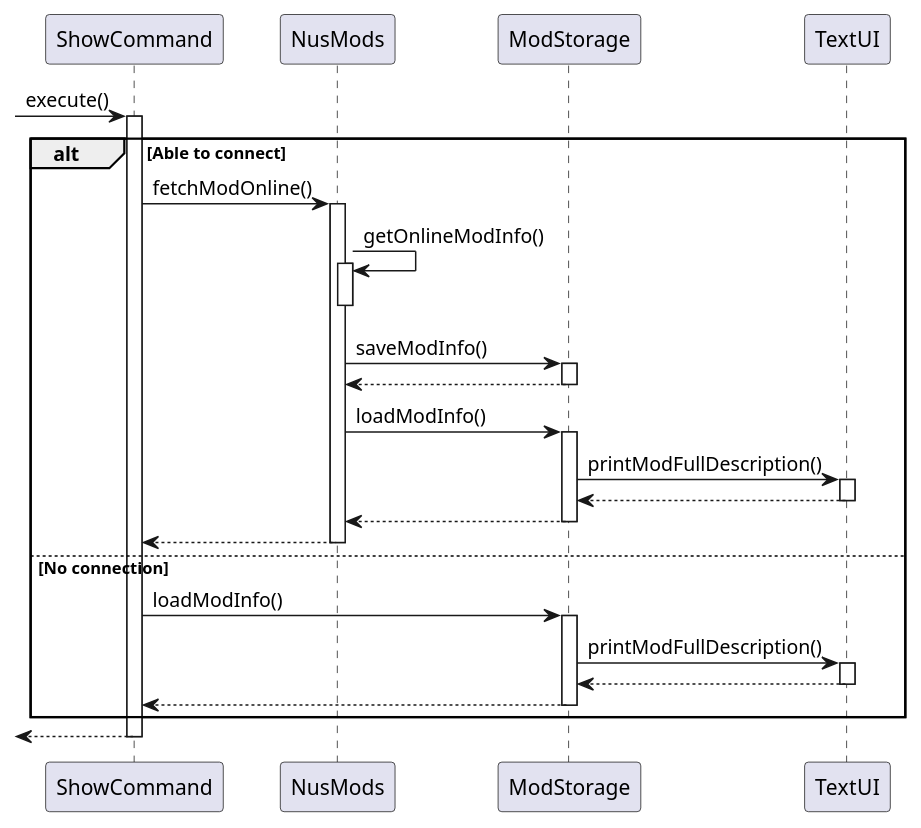
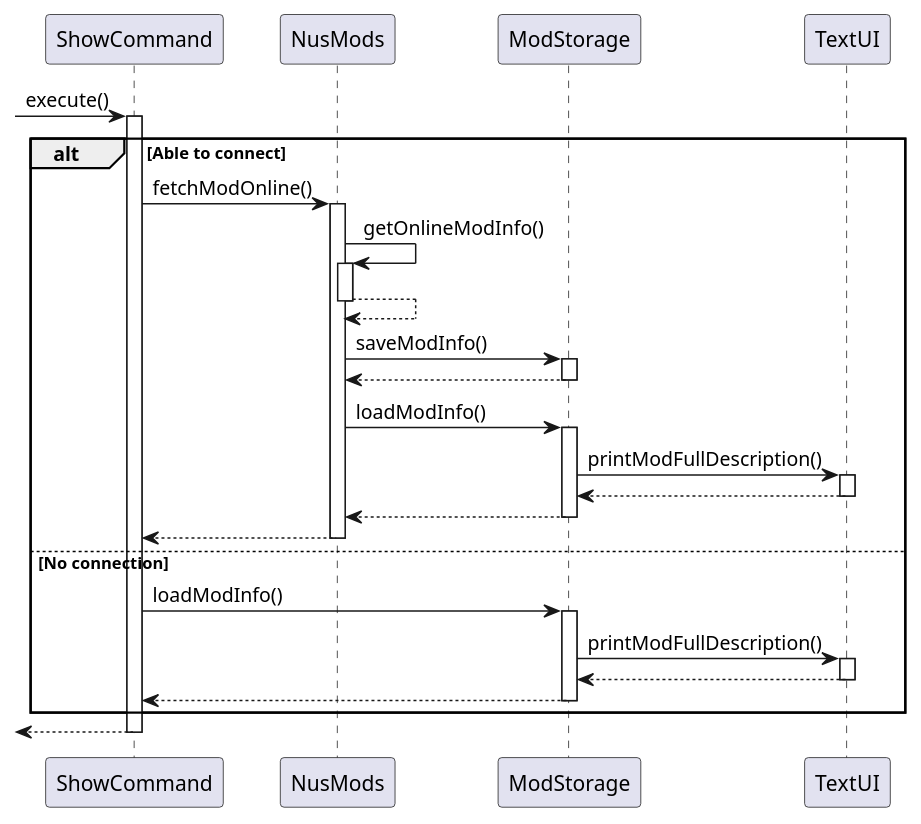
Before and after one commit to nus-cs2113-AY2122S1/tp: the diagram in docs/uml-diagrams/Show.puml, drawn with PlantUML. The commit also changed 9 other files, not shown here.

Commit message:
Update to PUML files and diagrams.

```diff
--- a/docs/uml-diagrams/Show.puml
+++ b/docs/uml-diagrams/Show.puml
@@ -1,42 +1,43 @@
 @startuml
 
 [-> ShowCommand : execute()
 activate ShowCommand
 
 alt Able to connect
     ShowCommand -> NusMods : fetchModOnline()
     activate NusMods
     NusMods -> NusMods : getOnlineModInfo()
     activate NusMods
+    NusMods --> NusMods
     deactivate NusMods
     NusMods -> ModStorage : saveModInfo()
     activate ModStorage
     ModStorage --> NusMods
     deactivate ModStorage
     NusMods -> ModStorage : loadModInfo()
     activate ModStorage
     ModStorage -> TextUI : printModFullDescription()
     activate TextUI
     TextUI --> ModStorage
     deactivate TextUI
     ModStorage --> NusMods
     deactivate ModStorage
     NusMods --> ShowCommand
     deactivate NusMods
 
 else No connection
     ShowCommand -> ModStorage : loadModInfo()
     activate ModStorage
     ModStorage -> TextUI : printModFullDescription()
     activate TextUI
     TextUI --> ModStorage
     deactivate TextUI
     ModStorage --> ShowCommand
     deactivate ModStorage
 
 end
 
 <-- ShowCommand
 deactivate ShowCommand
 
 @enduml
```
